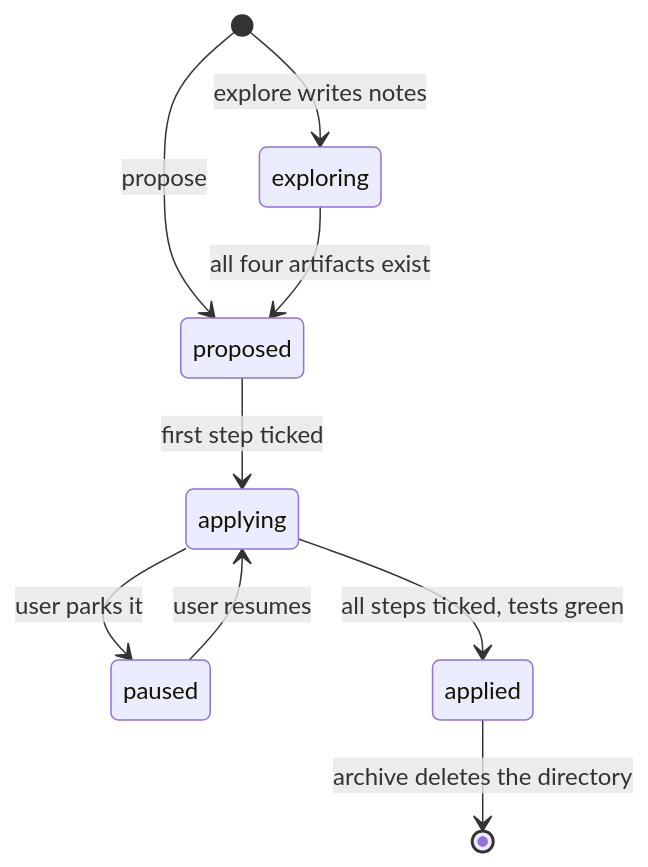
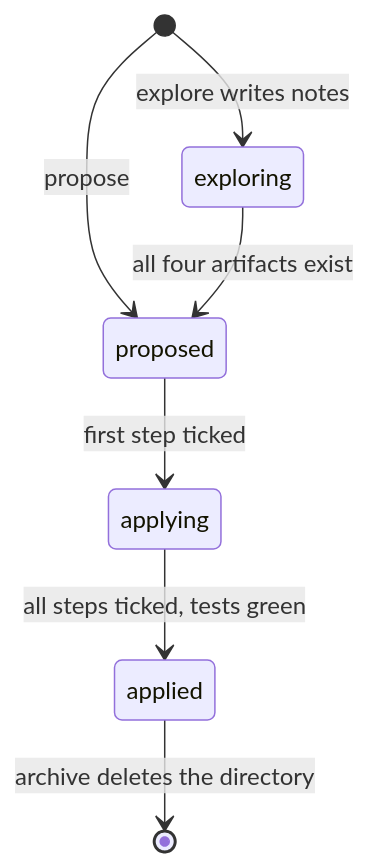
Before and after one commit to tillg/till-claude-code-marketplace: the first of 3 diagrams in specs/system/domain.md, drawn with Mermaid. The commit also changed other lines of this file and 43 other files, not shown here.

````diff
--- a/specs/system/domain.md
+++ b/specs/system/domain.md
@@ -66,11 +66,9 @@
 ```mermaid
 stateDiagram-v2
     [*] --> exploring: explore writes notes
     [*] --> proposed: propose
     exploring --> proposed: all four artifacts exist
     proposed --> applying: first step ticked
-    applying --> paused: user parks it
-    paused --> applying: user resumes
     applying --> applied: all steps ticked, tests green
     applied --> [*]: archive deletes the directory
 ```
````
